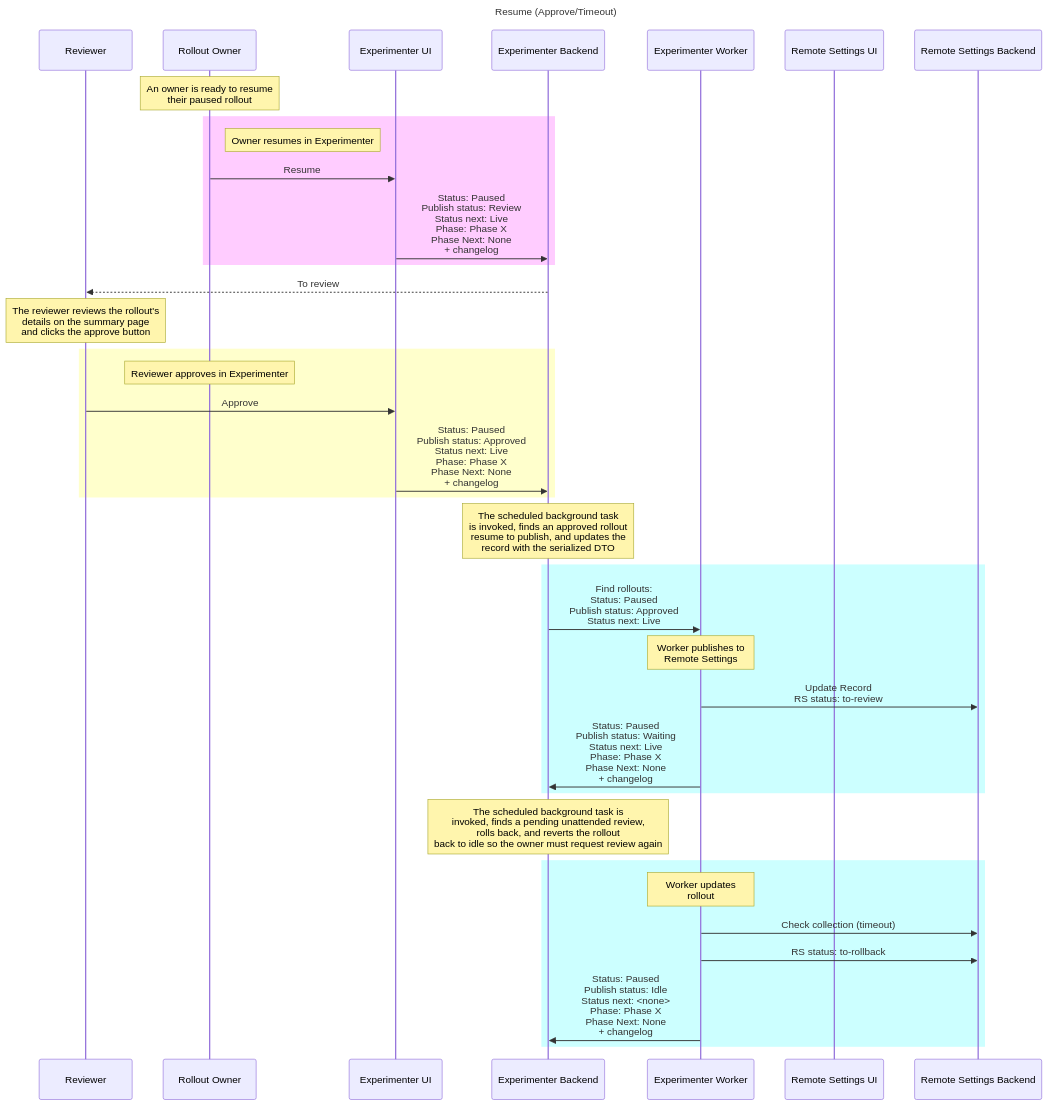
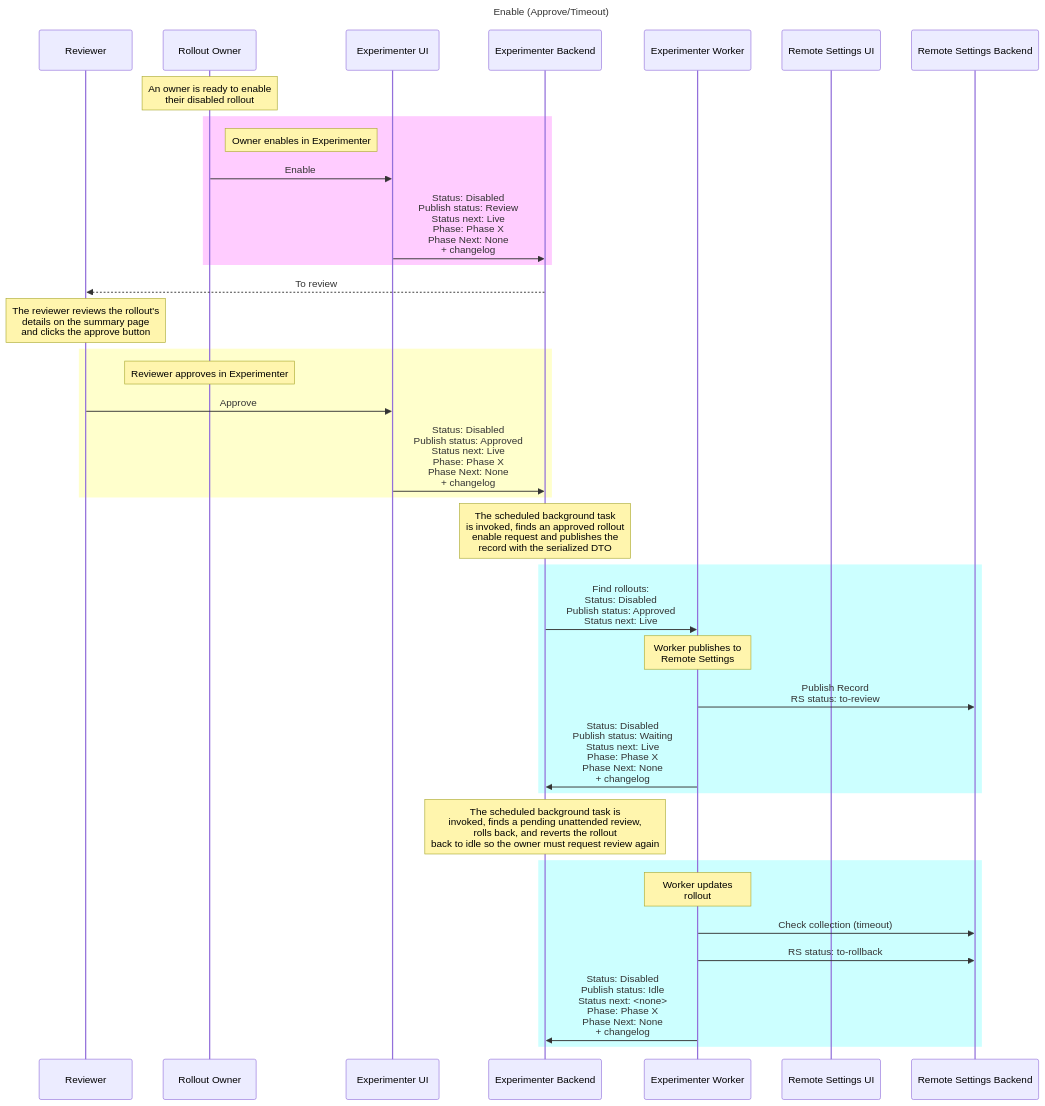
One commit to mozilla/experimenter changed diagram 26 of 27 in docs/experimenter/rollouts.md. Above: the diagram before and after it, drawn with Mermaid. The commit also changed other lines of this file, not shown here.

First line of the commit message:
docs(nimbus): Add rollout mermaid diagrams

````diff
--- a/docs/experimenter/rollouts.md
+++ b/docs/experimenter/rollouts.md
@@ -1204,46 +1204,46 @@
 ```mermaid
   sequenceDiagram
     participant Reviewer
     participant Rollout Owner
     participant Experimenter UI
     participant Experimenter Backend
     participant Experimenter Worker
     participant Remote Settings UI
     participant Remote Settings Backend
-    title Resume (Approve/Timeout)
+    title Enable (Approve/Timeout)
 
-    Note over Rollout Owner: An owner is ready to resume <br/> their paused rollout
+    Note over Rollout Owner: An owner is ready to enable <br/> their disabled rollout
 
     rect rgb(255,204,255)
-        Note right of Rollout Owner: Owner resumes in Experimenter
-        Rollout Owner->>Experimenter UI: Resume
-        Experimenter UI->>Experimenter Backend: Status: Paused <br/> Publish status: Review <br/> Status next: Live <br/> Phase: Phase X <br/> Phase Next: None <br/> + changelog
+        Note right of Rollout Owner: Owner enables in Experimenter
+        Rollout Owner->>Experimenter UI: Enable
+        Experimenter UI->>Experimenter Backend: Status: Disabled <br/> Publish status: Review <br/> Status next: Live <br/> Phase: Phase X <br/> Phase Next: None <br/> + changelog
     end
 
     Experimenter Backend-->>Reviewer: To review
     Note over Reviewer: The reviewer reviews the rollout's <br/> details on the summary page <br/> and clicks the approve button
 
     rect rgb(255,255,204)
         Note over Rollout Owner: Reviewer approves in Experimenter
         Reviewer->>Experimenter UI: Approve
-        Experimenter UI->>Experimenter Backend: Status: Paused <br/> Publish status: Approved <br/> Status next: Live <br/> Phase: Phase X <br/> Phase Next: None <br/> + changelog
+        Experimenter UI->>Experimenter Backend: Status: Disabled <br/> Publish status: Approved <br/> Status next: Live <br/> Phase: Phase X <br/> Phase Next: None <br/> + changelog
     end
 
-    Note over Experimenter Backend: The scheduled background task <br/> is invoked, finds an approved rollout <br/> resume to publish, and updates the <br/> record with the serialized DTO
+    Note over Experimenter Backend: The scheduled background task <br/> is invoked, finds an approved rollout <br/> enable request and publishes the <br/> record with the serialized DTO
 
     rect rgb(204,255,255)
-        Experimenter Backend->>Experimenter Worker: Find rollouts: <br/> Status: Paused <br/> Publish status: Approved <br/> Status next: Live
+        Experimenter Backend->>Experimenter Worker: Find rollouts: <br/> Status: Disabled <br/> Publish status: Approved <br/> Status next: Live
         Note over Experimenter Worker: Worker publishes to <br/>Remote Settings
-        Experimenter Worker->>Remote Settings Backend: Update Record <br/> RS status: to-review
-        Experimenter Worker->>Experimenter Backend: Status: Paused <br/> Publish status: Waiting <br/> Status next: Live <br/> Phase: Phase X <br/> Phase Next: None <br/> + changelog
+        Experimenter Worker->>Remote Settings Backend: Publish Record <br/> RS status: to-review
+        Experimenter Worker->>Experimenter Backend: Status: Disabled <br/> Publish status: Waiting <br/> Status next: Live <br/> Phase: Phase X <br/> Phase Next: None <br/> + changelog
     end
 
     Note over Experimenter Backend: The scheduled background task is <br/> invoked, finds a pending unattended review, <br/> rolls back, and reverts the rollout <br/> back to idle so the owner must request review again
 
     rect rgb(204,255,255)
         Note over Experimenter Worker: Worker updates <br/> rollout
         Experimenter Worker->>Remote Settings Backend: Check collection (timeout)
         Experimenter Worker->>Remote Settings Backend: RS status: to-rollback
-        Experimenter Worker->>Experimenter Backend:  Status: Paused <br/> Publish status: Idle <br/> Status next: <none> <br/> Phase: Phase X <br/> Phase Next: None <br/> + changelog
+        Experimenter Worker->>Experimenter Backend:  Status: Disabled <br/> Publish status: Idle <br/> Status next: <none> <br/> Phase: Phase X <br/> Phase Next: None <br/> + changelog
     end
 ```
````
